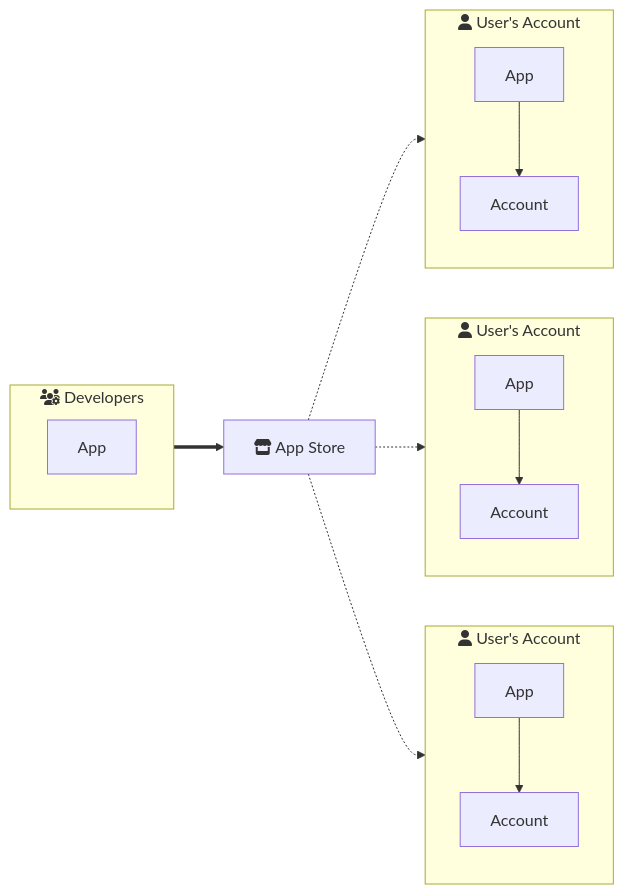
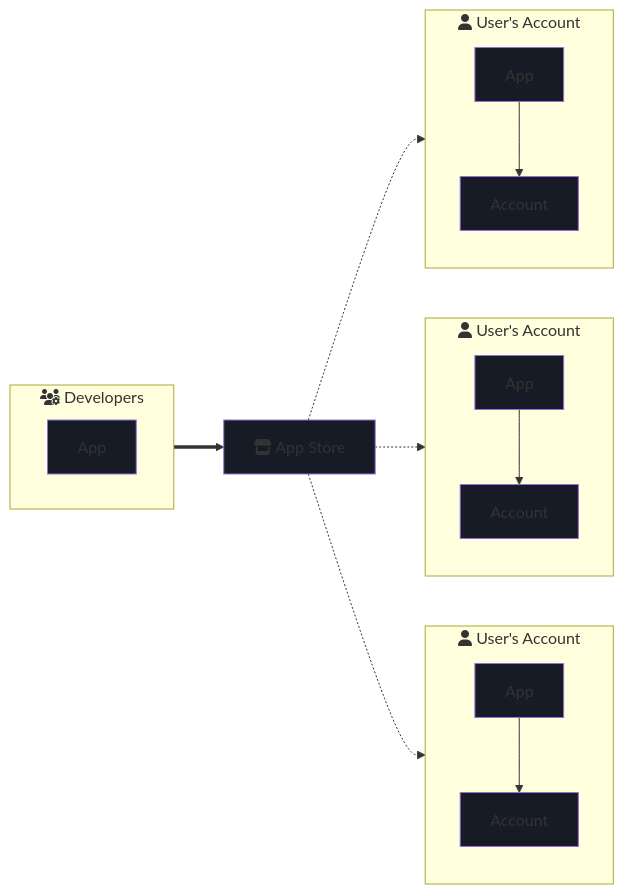
The third of 4 diagrams in framework/docs/src/2_introduction/1_design_space.md (AbstractSDK/abstract), drawn with Mermaid before and after one commit. The commit also changed other lines of this file and 3 other files, not shown here.

Commit message:
docs: improve mermaid diagrams

````diff
--- a/framework/docs/src/2_introduction/1_design_space.md
+++ b/framework/docs/src/2_introduction/1_design_space.md
@@ -60,28 +69,38 @@
 ```mermaid
 flowchart LR
     subgraph Developers [fas:fa-users-cog Developers]
             direction RL
             A[App]
     end
 
     subgraph Acc1 [fas:fa-user User's Account]
         direction TB
         Ap1[App]-->A1[Account]
     end
 
     subgraph Acc2 [fas:fa-user User's Account]
         direction TB
         Ap2[App]-->A2[Account]
     end
 
     subgraph Acc3 [fas:fa-user User's Account]
         direction TB
         Ap3[App]-->A3[Account]
     end
 
         Store-.->Ap1
         Store-.->Ap2
         Store-.->Ap3
 
     A==>Store[fa:fa-store App Store]
+
+    style A fill:#161b25
+    style Store fill:#161b25
+    style Ap1 fill:#161b25
+    style Ap2 fill:#161b25
+    style Ap3 fill:#161b25
+    style A1 fill:#161b25
+    style A2 fill:#161b25
+    style A3 fill:#161b25
+
 ```
````
